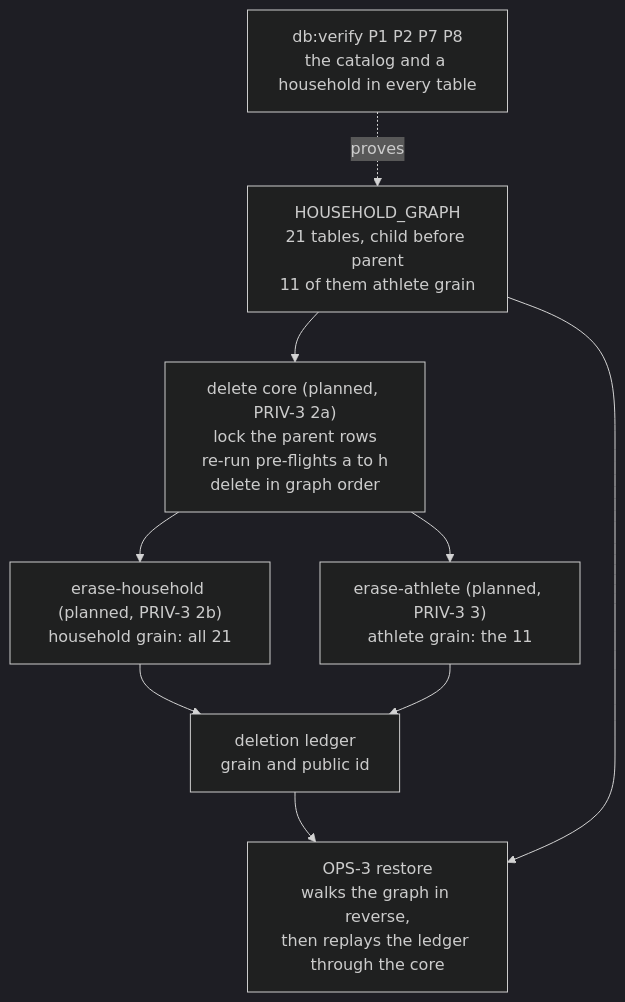
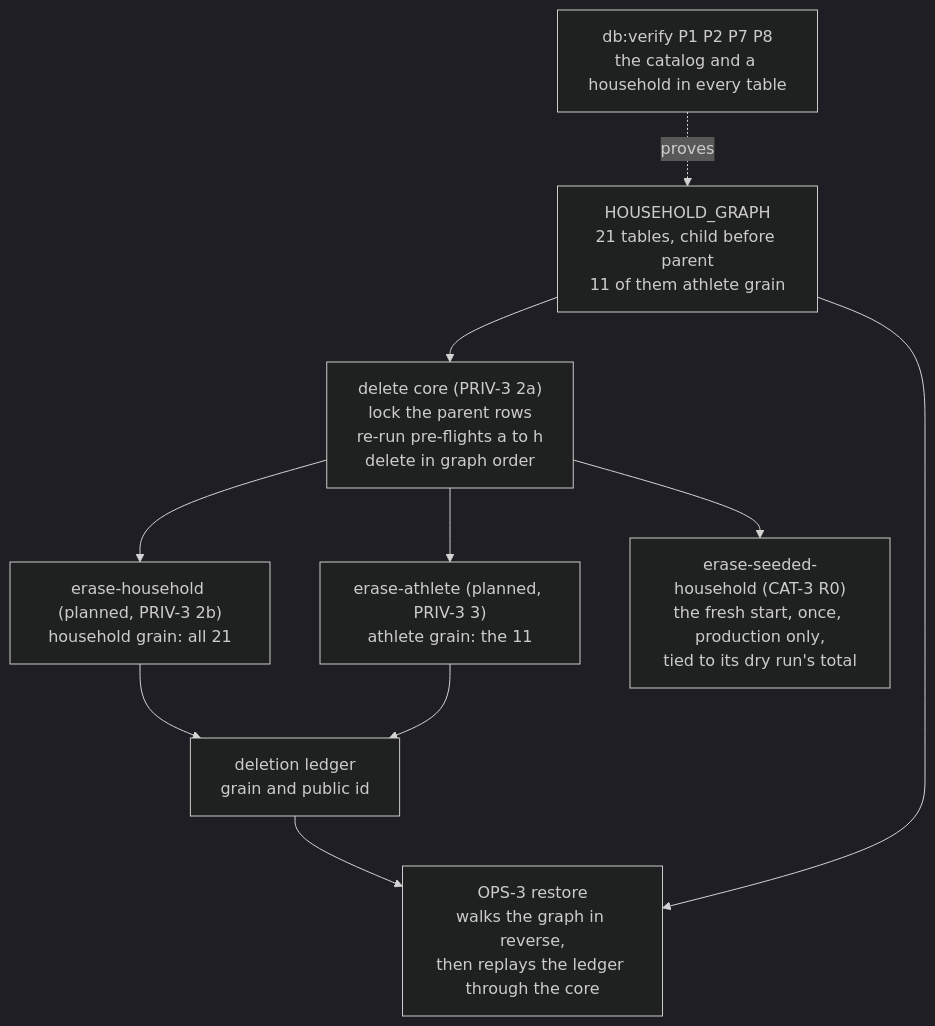
Before and after one commit to ralamode/mat-plan: diagram 21 of 21 in docs/architecture.md, drawn with Mermaid (dark theme). The commit also changed other lines of this file and 37 other files, not shown here.

First line of the commit message:
feat(priv-3): the fresh start's one-shot erasure of the seeded household (cat-3 r0) (#708)

````diff
--- a/docs/architecture.md
+++ b/docs/architecture.md
@@ -994,18 +994,20 @@
 ```mermaid
 flowchart TD
   G["HOUSEHOLD_GRAPH<br/>21 tables, child before parent<br/>11 of them athlete grain"]
   P["db:verify P1 P2 P7 P8<br/>the catalog and a household in every table"]
-  C["delete core (planned, PRIV-3 2a)<br/>lock the parent rows<br/>re-run pre-flights a to h<br/>delete in graph order"]
+  C["delete core (PRIV-3 2a)<br/>lock the parent rows<br/>re-run pre-flights a to h<br/>delete in graph order"]
   EH["erase-household (planned, PRIV-3 2b)<br/>household grain: all 21"]
   EA["erase-athlete (planned, PRIV-3 3)<br/>athlete grain: the 11"]
   L["deletion ledger<br/>grain and public id"]
+  OS["erase-seeded-household (CAT-3 R0)<br/>the fresh start, once, production only,<br/>tied to its dry run's total"]
   R["OPS-3 restore<br/>walks the graph in reverse,<br/>then replays the ledger through the core"]
   P -. proves .-> G
   G --> C
   C --> EH
   C --> EA
+  C --> OS
   EH --> L
   EA --> L
   L --> R
   G --> R
 ```
````
